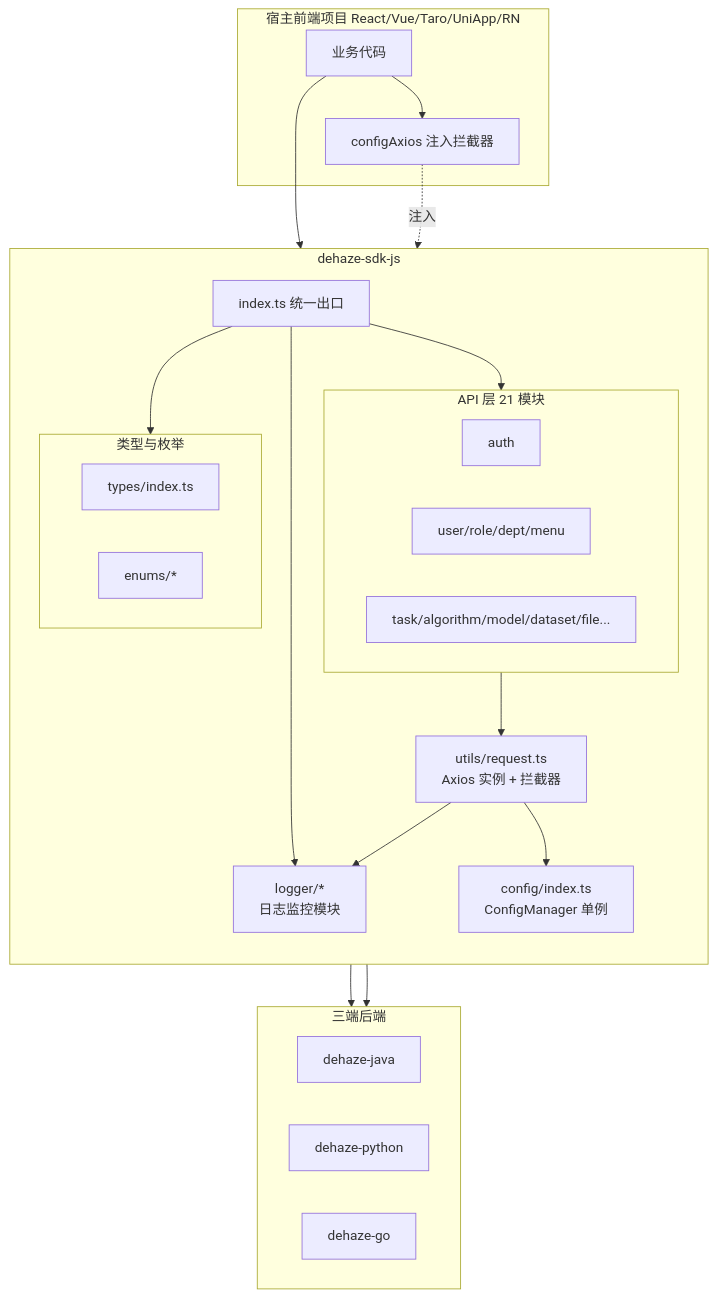
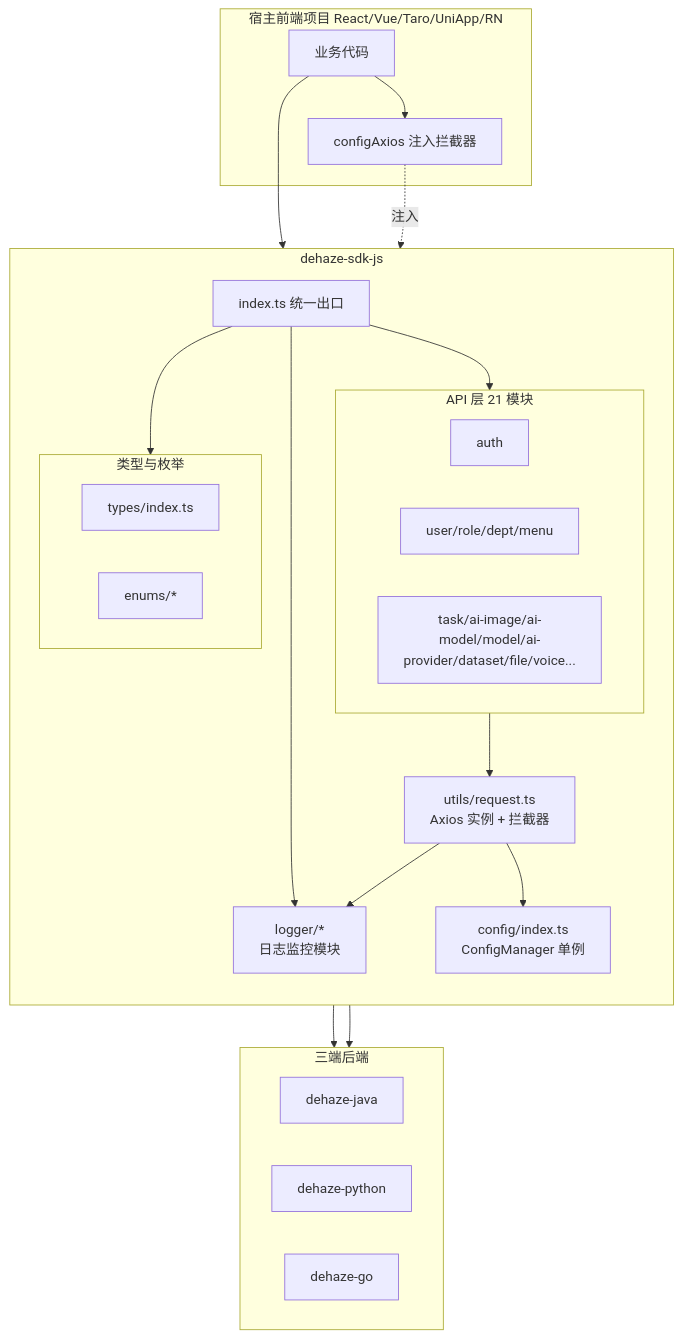
The diagram in dehaze-doc/docs/04-项目实现/前端/08-SDK架构文档.md (earthy-zinc/dehaze-system), drawn with Mermaid before and after one commit. The commit also changed other lines of this file and 239 other files, not shown here.

````diff
--- a/dehaze-doc/docs/04-项目实现/前端/08-SDK架构文档.md
+++ b/dehaze-doc/docs/04-项目实现/前端/08-SDK架构文档.md
@@ -11,45 +11,45 @@
 ```mermaid
 graph TB
     subgraph 宿主项目[宿主前端项目 React/Vue/Taro/UniApp/RN]
         App[业务代码]
         HostConfig[configAxios 注入拦截器]
     end
 
     subgraph SDK[dehaze-sdk-js]
         direction TB
         Entry[index.ts 统一出口]
 
         subgraph APILayer[API 层 21 模块]
             APIAuth[auth]
             APIUser[user/role/dept/menu]
-            APIBiz[task/algorithm/model/dataset/file...]
+            APIBiz[task/ai-image/ai-model/model/ai-provider/dataset/file/voice...]
         end
 
         Request[utils/request.ts<br/>Axios 实例 + 拦截器]
         Config[config/index.ts<br/>ConfigManager 单例]
         Logger[logger/*<br/>日志监控模块]
 
         subgraph TypesLayer[类型与枚举]
             Types[types/index.ts]
             Enums[enums/*]
         end
     end
 
     subgraph Backend[三端后端]
         Java[dehaze-java]
         Python[dehaze-python]
         Go[dehaze-go]
     end
 
     App --> Entry
     App --> HostConfig
     HostConfig -.注入.-> Config
     Entry --> APILayer
     Entry --> Logger
     Entry --> TypesLayer
     APILayer --> Request
     Request --> Config
     Request --> Logger
     Request --> Backend
     Logger --> Backend
 ```
````
